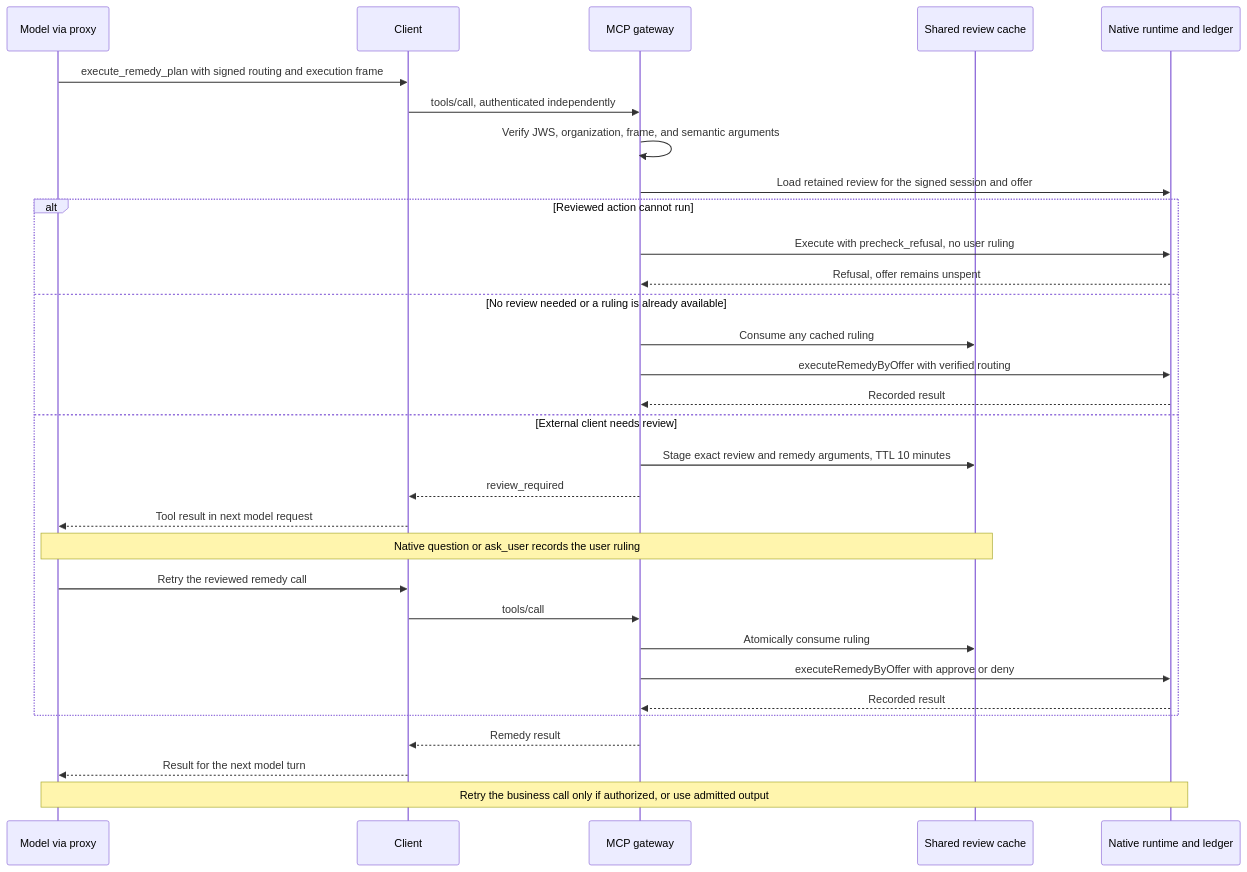
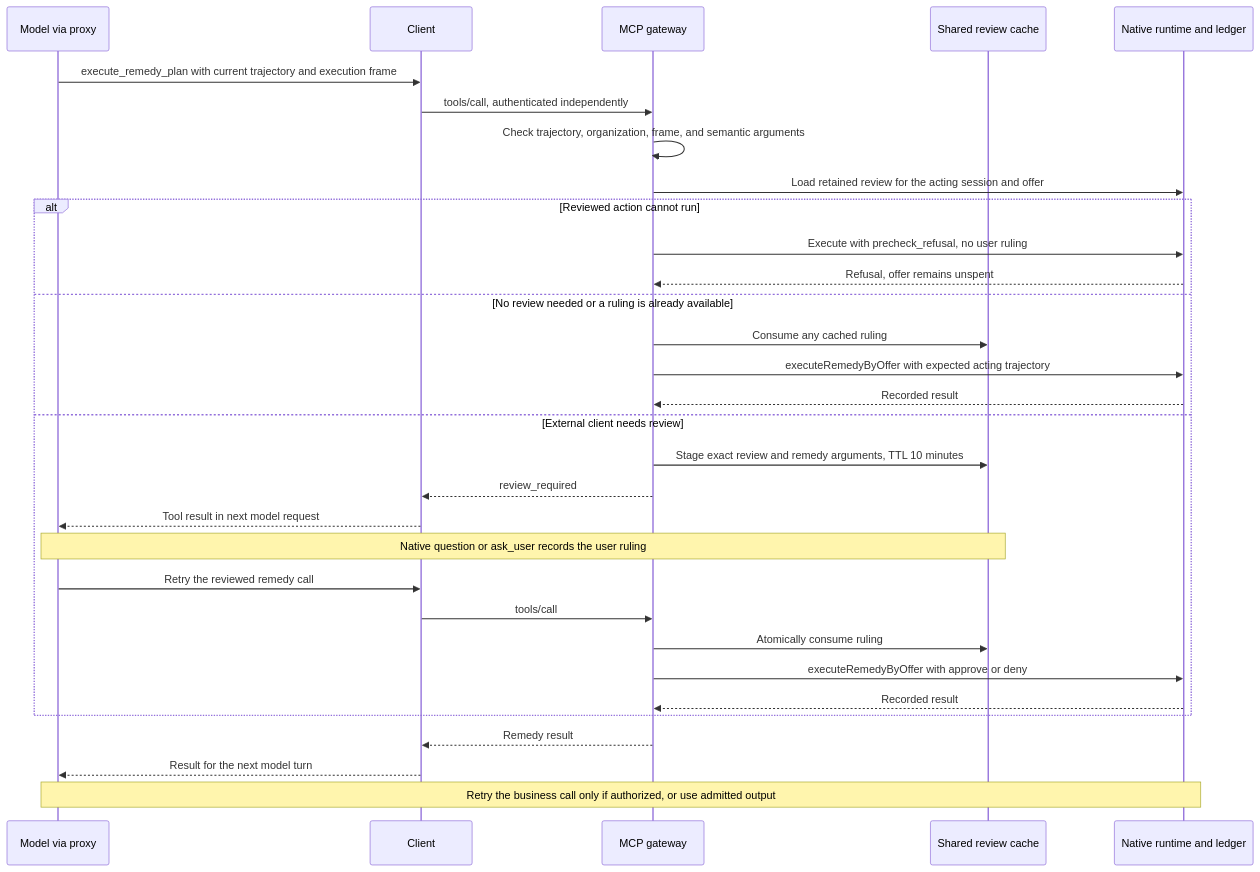
Before and after one commit to archestra-ai/archestra: the fifth of 10 diagrams in docs/openappa-architecture.md, drawn with Mermaid. The commit also changed other lines of this file and 81 other files, not shown here.

````diff
--- a/docs/openappa-architecture.md
+++ b/docs/openappa-architecture.md
@@ -330,33 +387,33 @@
 ```mermaid
 sequenceDiagram
   participant M as Model via proxy
   participant C as Client
   participant G as MCP gateway
   participant H as Shared review cache
   participant R as Native runtime and ledger
-  M->>C: execute_remedy_plan with signed routing and execution frame
+  M->>C: execute_remedy_plan with current trajectory and execution frame
   C->>G: tools/call, authenticated independently
-  G->>G: Verify JWS, organization, frame, and semantic arguments
-  G->>R: Load retained review for the signed session and offer
+  G->>G: Check trajectory, organization, frame, and semantic arguments
+  G->>R: Load retained review for the acting session and offer
   alt Reviewed action cannot run
     G->>R: Execute with precheck_refusal, no user ruling
     R-->>G: Refusal, offer remains unspent
   else No review needed or a ruling is already available
     G->>H: Consume any cached ruling
-    G->>R: executeRemedyByOffer with verified routing
+    G->>R: executeRemedyByOffer with expected acting trajectory
     R-->>G: Recorded result
   else External client needs review
     G->>H: Stage exact review and remedy arguments, TTL 10 minutes
     G-->>C: review_required
     C-->>M: Tool result in next model request
     Note over M,H: Native question or ask_user records the user ruling
     M->>C: Retry the reviewed remedy call
     C->>G: tools/call
     G->>H: Atomically consume ruling
     G->>R: executeRemedyByOffer with approve or deny
     R-->>G: Recorded result
   end
   G-->>C: Remedy result
   C-->>M: Result for the next model turn
   Note over M,R: Retry the business call only if authorized, or use admitted output
 ```
````
